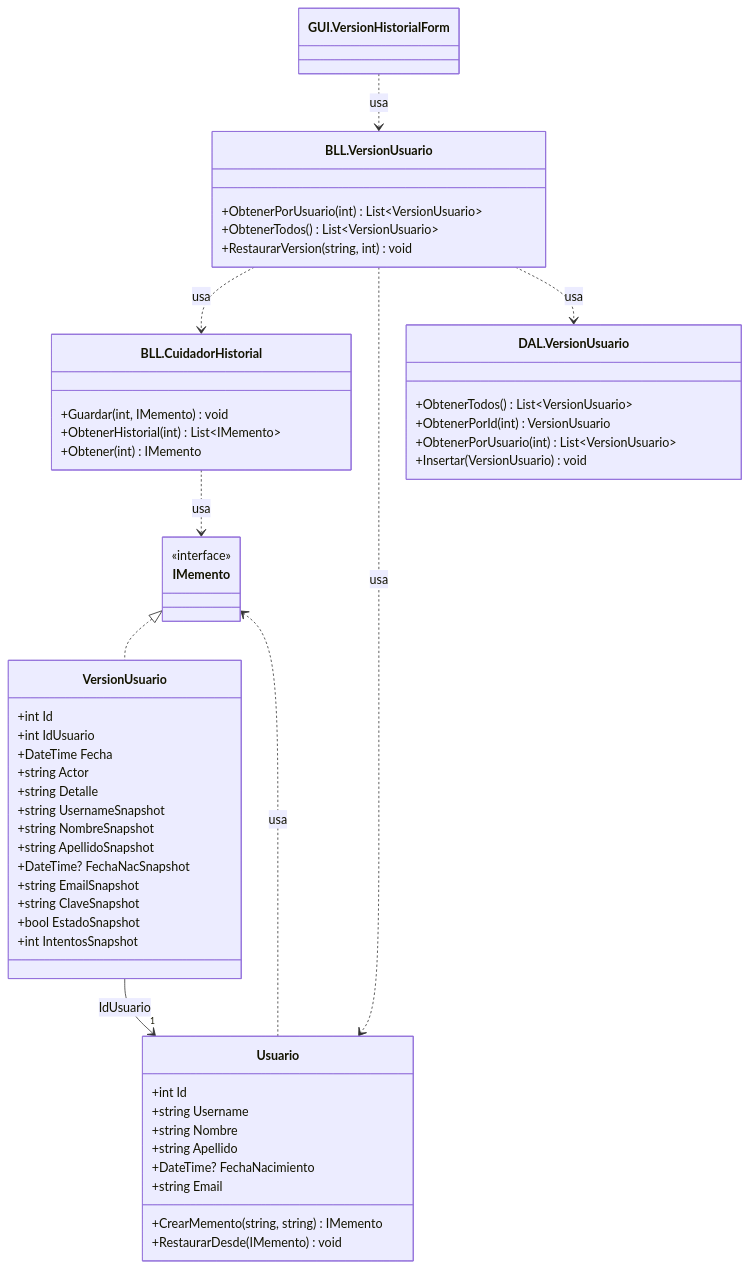
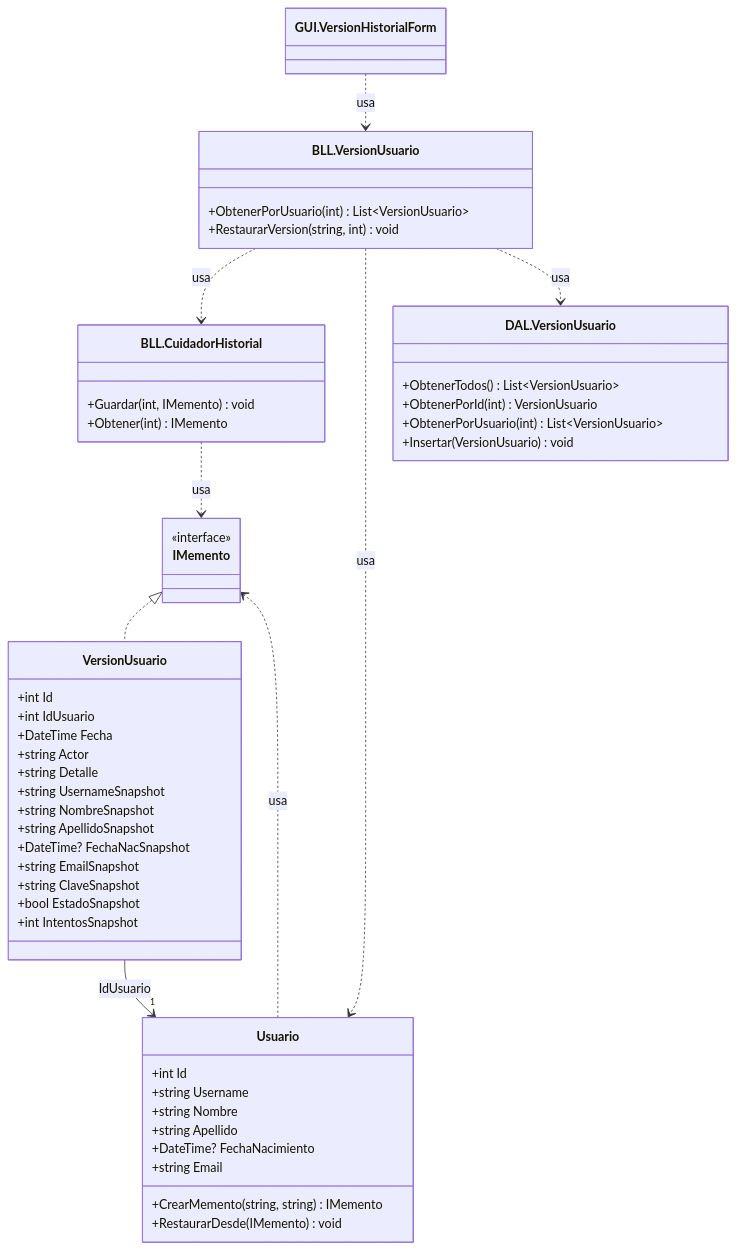
One commit to valentinamorana/Trabajo-de-Diploma changed the diagram in docs/diagramas/mermaid/CLASES_T06b_control_cambios.mmd. Above: the diagram before and after it, drawn with Mermaid. The commit also changed 46 other files, not shown here.

```diff
--- a/docs/diagramas/mermaid/CLASES_T06b_control_cambios.mmd
+++ b/docs/diagramas/mermaid/CLASES_T06b_control_cambios.mmd
@@ -1,56 +1,54 @@
 classDiagram
   direction TB
   class GUI_VersionHistorialForm["GUI.VersionHistorialForm"] {
   }
   class BLL_VersionUsuario["BLL.VersionUsuario"] {
     +ObtenerPorUsuario(int) List~VersionUsuario~
-    +ObtenerTodos() List~VersionUsuario~
     +RestaurarVersion(string,  int) void
   }
   class BLL_CuidadorHistorial["BLL.CuidadorHistorial"] {
     +Guardar(int,  IMemento) void
-    +ObtenerHistorial(int) List~IMemento~
     +Obtener(int) IMemento
   }
   class Usuario {
     +int Id
     +string Username
     +string Nombre
     +string Apellido
     +DateTime? FechaNacimiento
     +string Email
     +CrearMemento(string,  string) IMemento
     +RestaurarDesde(IMemento) void
   }
   class VersionUsuario {
     +int Id
     +int IdUsuario
     +DateTime Fecha
     +string Actor
     +string Detalle
     +string UsernameSnapshot
     +string NombreSnapshot
     +string ApellidoSnapshot
     +DateTime? FechaNacSnapshot
     +string EmailSnapshot
     +string ClaveSnapshot
     +bool EstadoSnapshot
     +int IntentosSnapshot
   }
   class IMemento {
     <<interface>>
   }
   class DAL_VersionUsuario["DAL.VersionUsuario"] {
     +ObtenerTodos() List~VersionUsuario~
     +ObtenerPorId(int) VersionUsuario
     +ObtenerPorUsuario(int) List~VersionUsuario~
     +Insertar(VersionUsuario) void
   }
   IMemento <|.. VersionUsuario
   VersionUsuario --> "1" Usuario : IdUsuario
   GUI_VersionHistorialForm ..> BLL_VersionUsuario : usa
   BLL_VersionUsuario ..> BLL_CuidadorHistorial : usa
   BLL_VersionUsuario ..> Usuario : usa
   BLL_VersionUsuario ..> DAL_VersionUsuario : usa
   BLL_CuidadorHistorial ..> IMemento : usa
   Usuario ..> IMemento : usa
```
